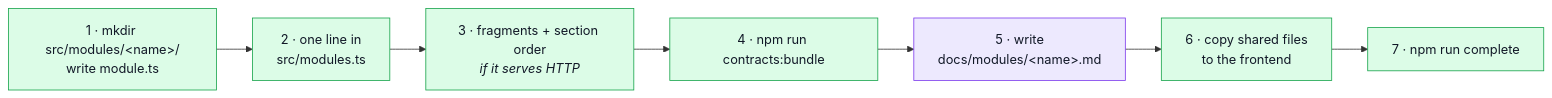
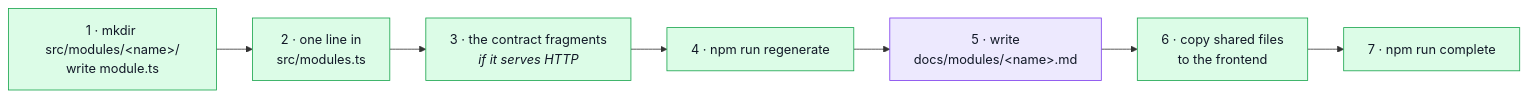
Before and after one commit to Guebbit/boilerplate-node-backend: the second of 5 diagrams in docs/theory/module-lifecycle.md, drawn with Mermaid. The commit also changed other lines of this file and 9 other files, not shown here.

````diff
--- a/docs/theory/module-lifecycle.md
+++ b/docs/theory/module-lifecycle.md
@@ -90,14 +106,14 @@
 ```mermaid
 %%{init: {'flowchart': {'nodeSpacing': 40, 'rankSpacing': 45}}}%%
 flowchart LR
     A["1 · mkdir src/modules/&lt;name&gt;/<br/>write module.ts"] --> B["2 · one line in<br/>src/modules.ts"]
-    B --> C["3 · fragments + section order<br/><i>if it serves HTTP</i>"]
-    C --> D["4 · npm run contracts:bundle"]
+    B --> C["3 · the contract fragments<br/><i>if it serves HTTP</i>"]
+    C --> D["4 · npm run regenerate"]
     D --> E["5 · write<br/>docs/modules/&lt;name&gt;.md"]
     E --> F["6 · copy shared files<br/>to the frontend"]
     F --> G["7 · npm run complete"]
     classDef s fill:#dcfce7,stroke:#16a34a,color:#111827;
     classDef d fill:#ede9fe,stroke:#7c3aed,color:#111827;
     class A,B,C,D,F,G s;
     class E d;
 ```
````
